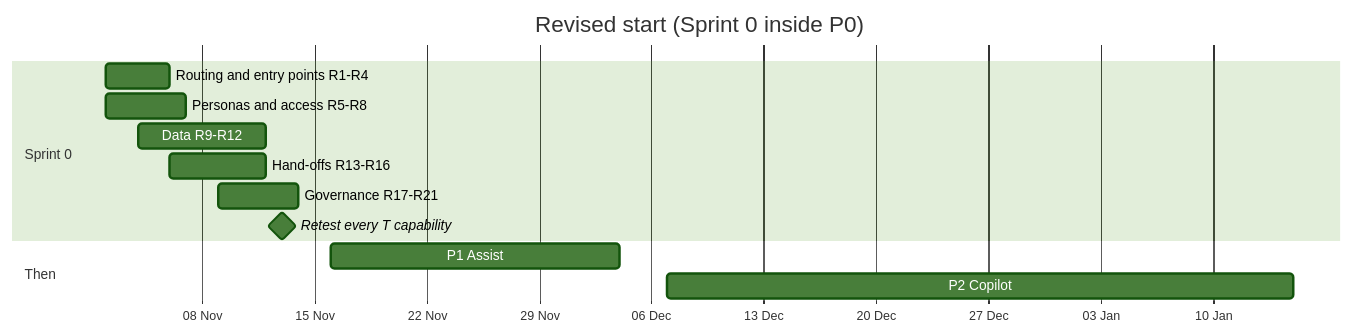
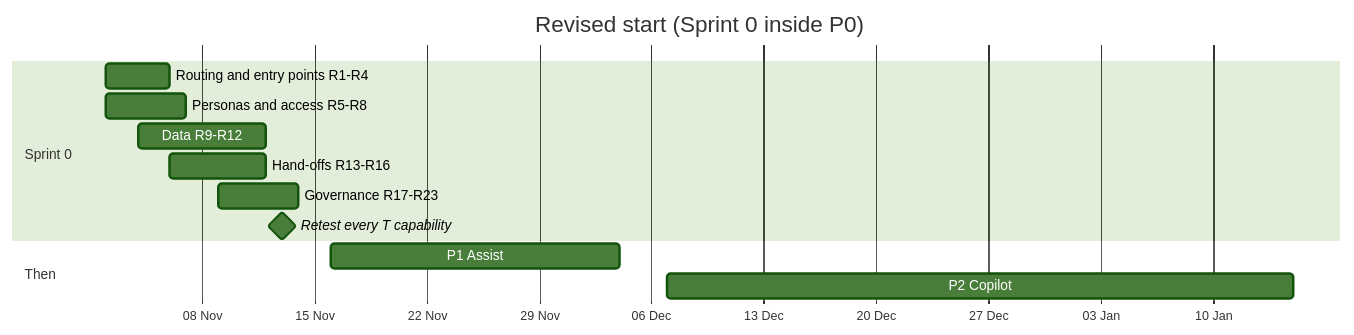
The second of 2 diagrams in docs/reports/autonomous-it-everis2/capabilities/60-real-plan.md (caabayfe/agenticsn), drawn with Mermaid (forest theme) before and after one commit. The commit also changed other lines of this file and 16 other files, not shown here.

````diff
--- a/docs/reports/autonomous-it-everis2/capabilities/60-real-plan.md
+++ b/docs/reports/autonomous-it-everis2/capabilities/60-real-plan.md
@@ -126,16 +129,16 @@
 ```mermaid
 gantt
   title Revised start (Sprint 0 inside P0)
   dateFormat YYYY-MM-DD
   axisFormat %d %b
   section Sprint 0
   Routing and entry points R1-R4   :s1, 2026-11-02, 4d
   Personas and access R5-R8        :s2, 2026-11-02, 5d
   Data R9-R12                      :s3, 2026-11-04, 8d
   Hand-offs R13-R16                :s4, 2026-11-06, 6d
-  Governance R17-R21               :s5, 2026-11-09, 5d
+  Governance R17-R23               :s5, 2026-11-09, 5d
   Retest every T capability        :milestone, m1, 2026-11-13, 0d
   section Then
   P1 Assist                        :p1, 2026-11-16, 2026-12-04
   P2 Copilot                       :p2, 2026-12-07, 2027-01-15
 ```
````
